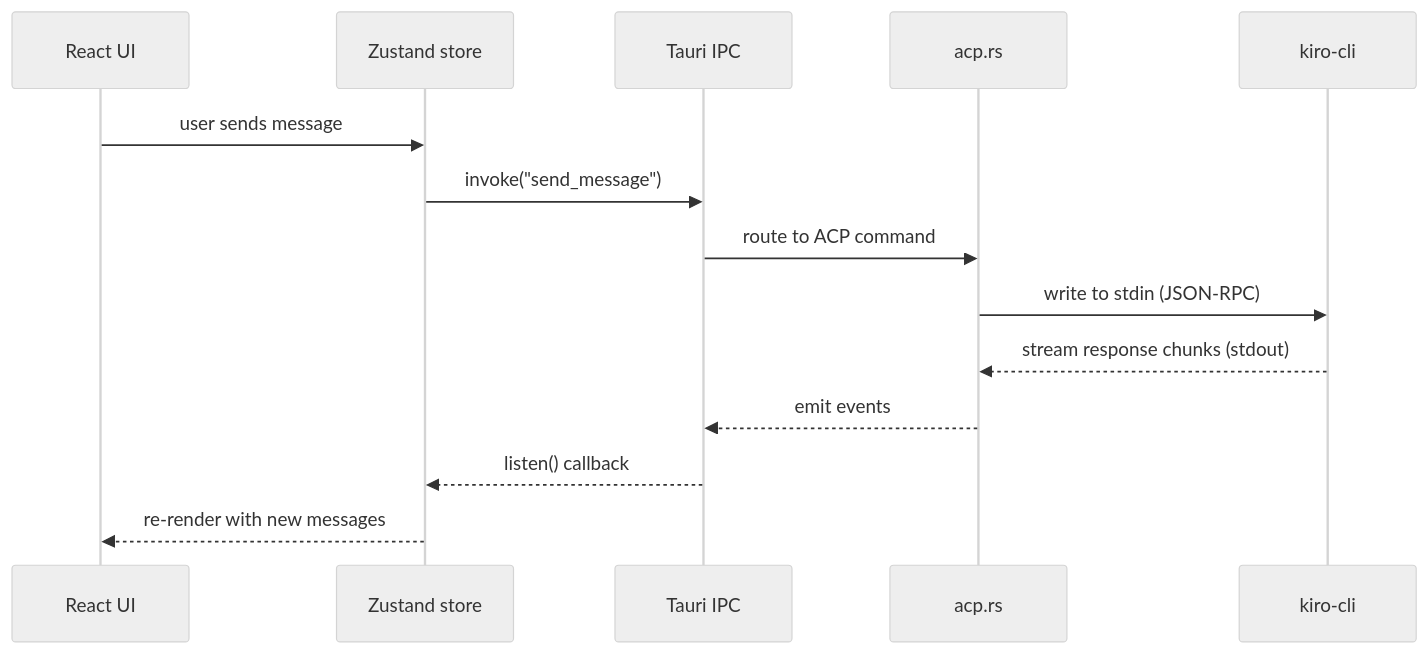
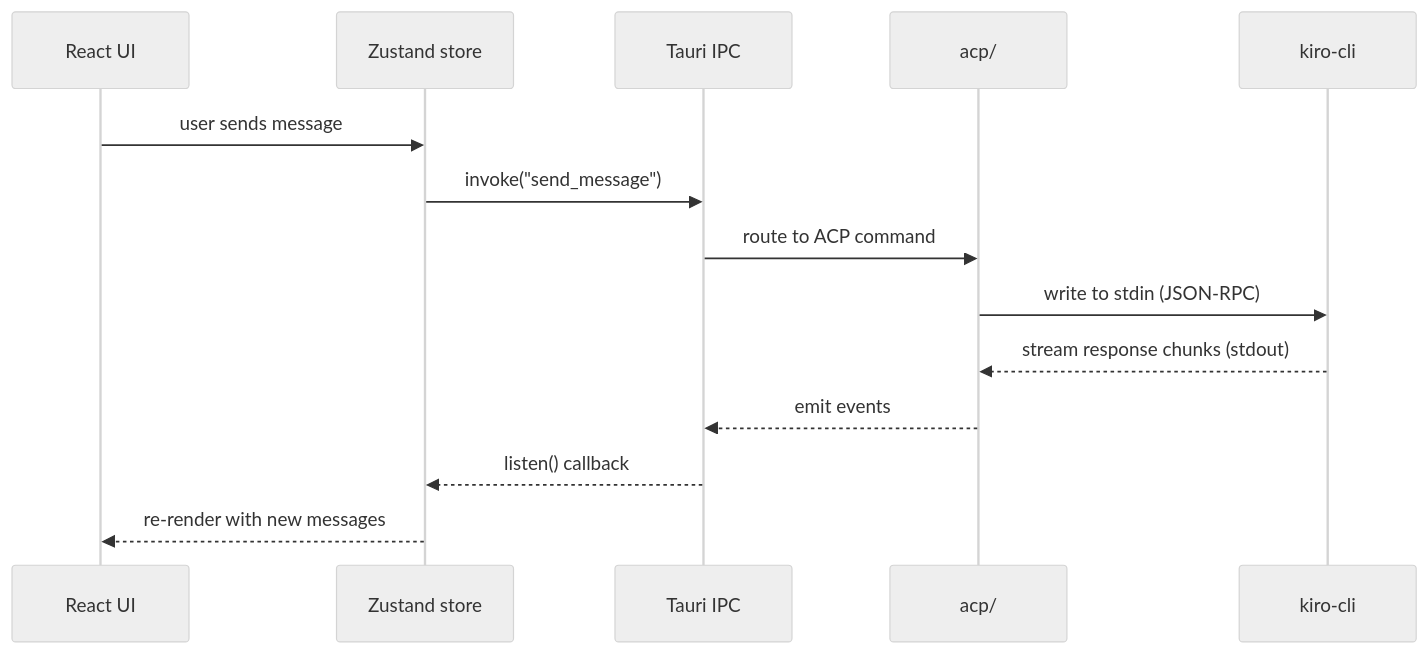
Before and after one commit to thabti/kirodex: the second of 2 diagrams in docs/architecture.md, drawn with Mermaid (neutral theme). The commit also changed other lines of this file and 4 other files, not shown here.

Commit message:
docs: update architecture, ipc reference, keyboard shortcuts and add dev guides

````diff
--- a/docs/architecture.md
+++ b/docs/architecture.md
@@ -41,17 +51,17 @@
 ```mermaid
 sequenceDiagram
   participant UI as React UI
   participant Store as Zustand store
   participant IPC as Tauri IPC
-  participant ACP as acp.rs
+  participant ACP as acp/
   participant CLI as kiro-cli
 
   UI->>Store: user sends message
   Store->>IPC: invoke("send_message")
   IPC->>ACP: route to ACP command
   ACP->>CLI: write to stdin (JSON-RPC)
   CLI-->>ACP: stream response chunks (stdout)
   ACP-->>IPC: emit events
   IPC-->>Store: listen() callback
   Store-->>UI: re-render with new messages
 ```
````
